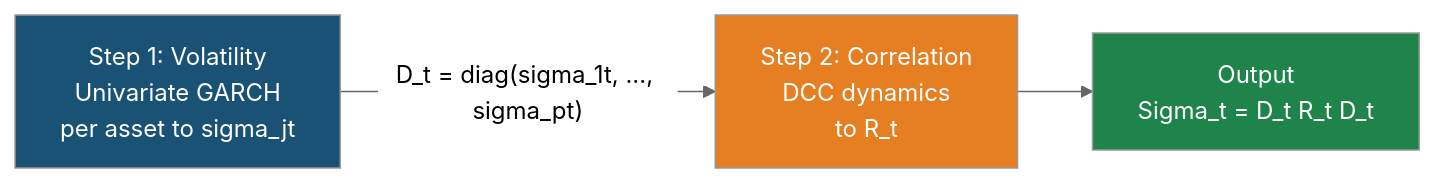
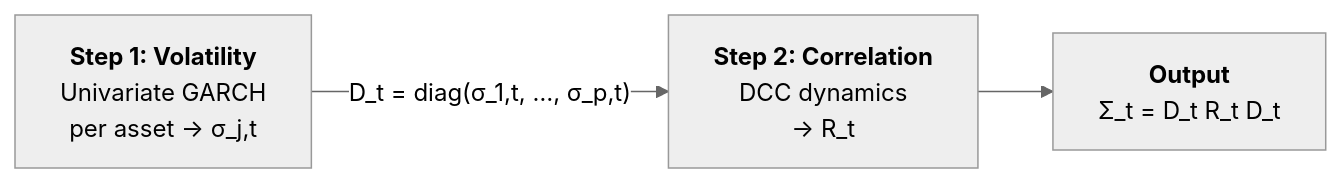
Before and after one commit to xRyann2255/ML-GS: the first of 4 diagrams in vol-learning-guide/markdown/ch14-multivariate-volatility.md, drawn with Mermaid (neutral theme). The commit also changed other lines of this file and 19 other files, not shown here.

````diff
--- a/vol-learning-guide/markdown/ch14-multivariate-volatility.md
+++ b/vol-learning-guide/markdown/ch14-multivariate-volatility.md
@@ -136,8 +90,8 @@
 ```mermaid
 flowchart LR
-    vol["Step 1: Volatility<br/>Univariate GARCH<br/>per asset to sigma_jt"] -->|"D_t = diag(sigma_1t, ..., sigma_pt)"| corr["Step 2: Correlation<br/>DCC dynamics<br/>to R_t"]
-    corr --> cov["Output<br/>Sigma_t = D_t R_t D_t"]
-    style vol fill:#1a5276,color:#fff
-    style corr fill:#e67e22,color:#fff
-    style cov fill:#1e8449,color:#fff
+    vol["<b>Step 1: Volatility</b><br/>Univariate GARCH<br/>per asset → σ_j,t"]
+    corr["<b>Step 2: Correlation</b><br/>DCC dynamics<br/>→ R_t"]
+    cov["<b>Output</b><br/>Σ_t = D_t R_t D_t"]
+    vol -->|"D_t = diag(σ_1,t, …, σ_p,t)"| corr
+    corr --> cov
 ```
````
